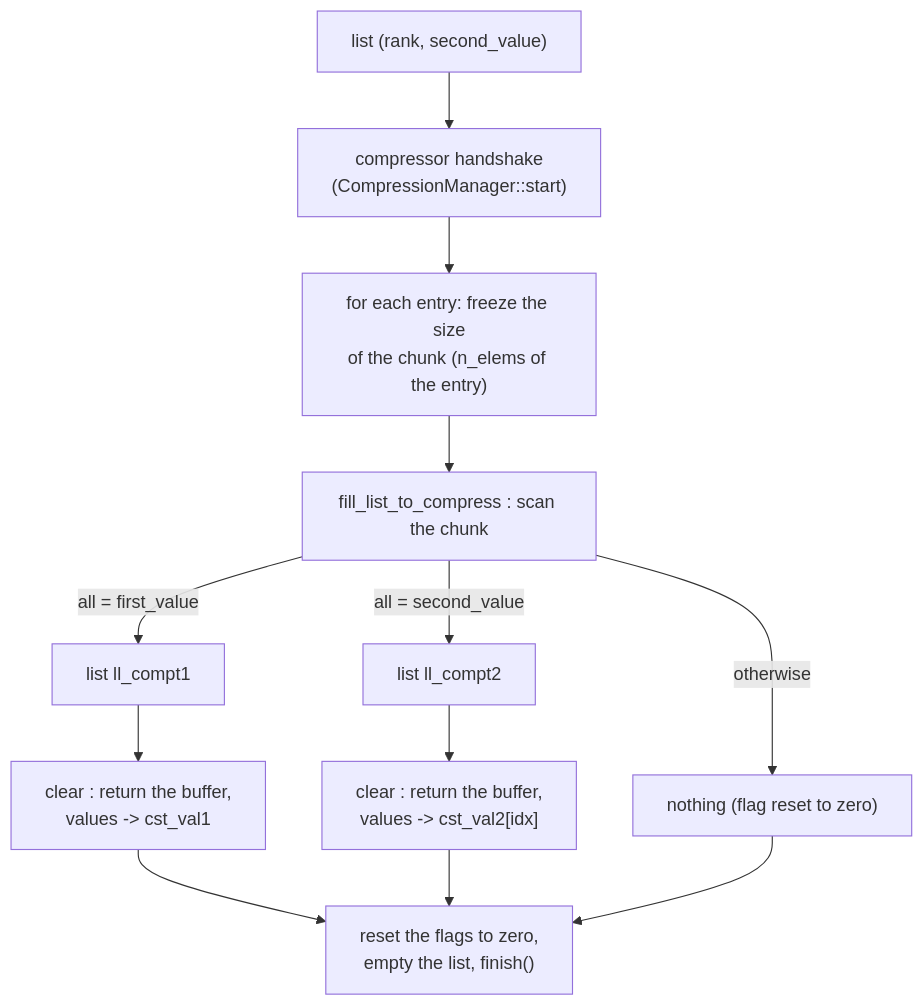
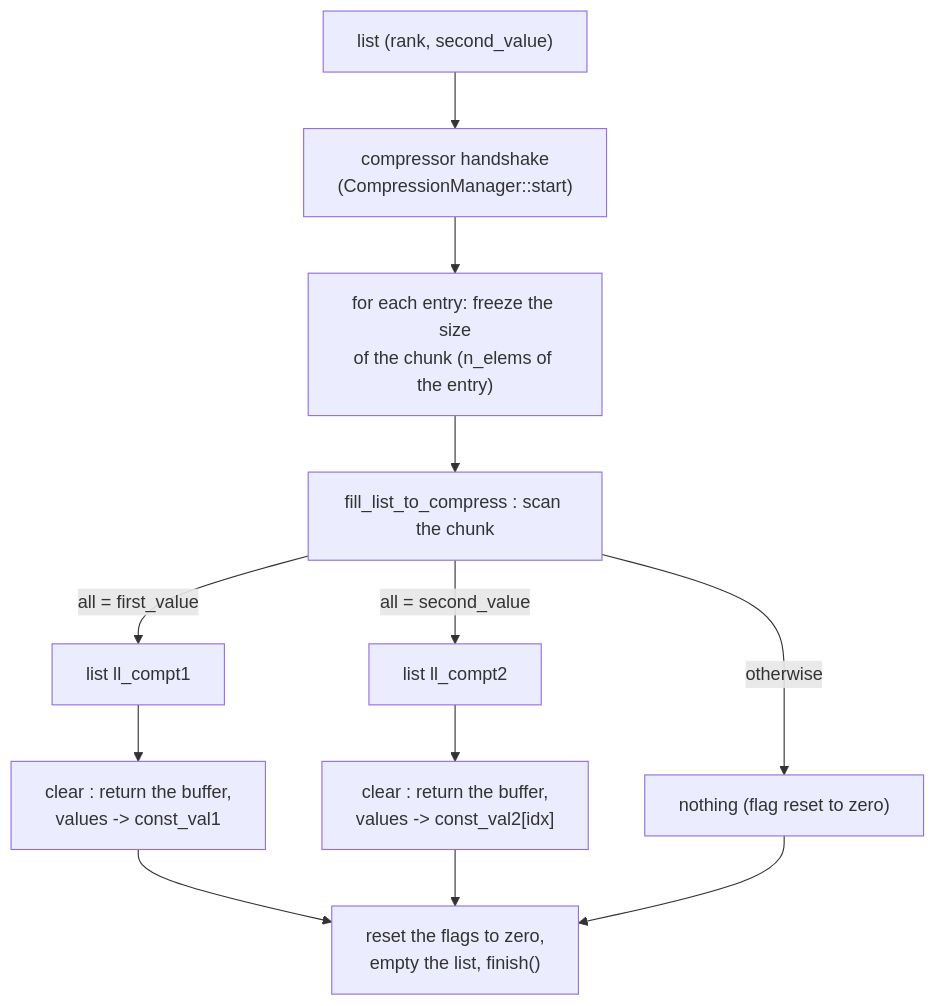
Before and after one commit to cea-hpc/shrink-array: the second of 2 diagrams in docs/algo_zero_one_value.md, drawn with Mermaid. The commit also changed other lines of this file and 108 other files, not shown here.

First line of the commit message:
French names in English (4/4): cst (constante) is const

````diff
--- a/docs/algo_zero_one_value.md
+++ b/docs/algo_zero_one_value.md
@@ -392,14 +392,14 @@
 ```mermaid
 flowchart TD
     A["list (rank, second_value)"] --> B["compressor handshake<br/>(CompressionManager::start)"]
     B --> C["for each entry: freeze the size<br/>of the chunk (n_elems of the entry)"]
     C --> D["fill_list_to_compress : scan the chunk"]
     D -->|"all = first_value"| E["list ll_compt1"]
     D -->|"all = second_value"| F["list ll_compt2"]
     D -->|"otherwise"| G["nothing (flag reset to zero)"]
-    E --> H["clear : return the buffer,<br/>values -> cst_val1"]
-    F --> I["clear : return the buffer,<br/>values -> cst_val2[idx]"]
+    E --> H["clear : return the buffer,<br/>values -> const_val1"]
+    F --> I["clear : return the buffer,<br/>values -> const_val2[idx]"]
     H --> J["reset the flags to zero,<br/>empty the list, finish()"]
     I --> J
     G --> J
 ```
````
